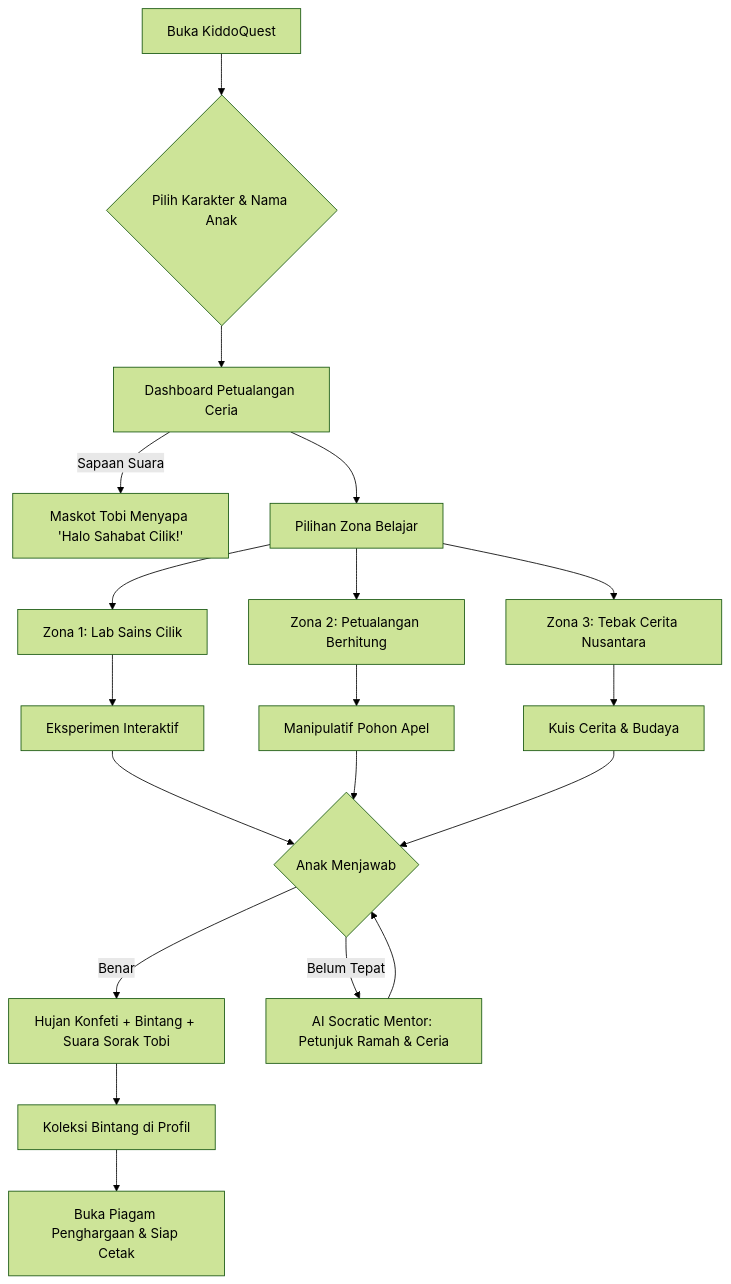
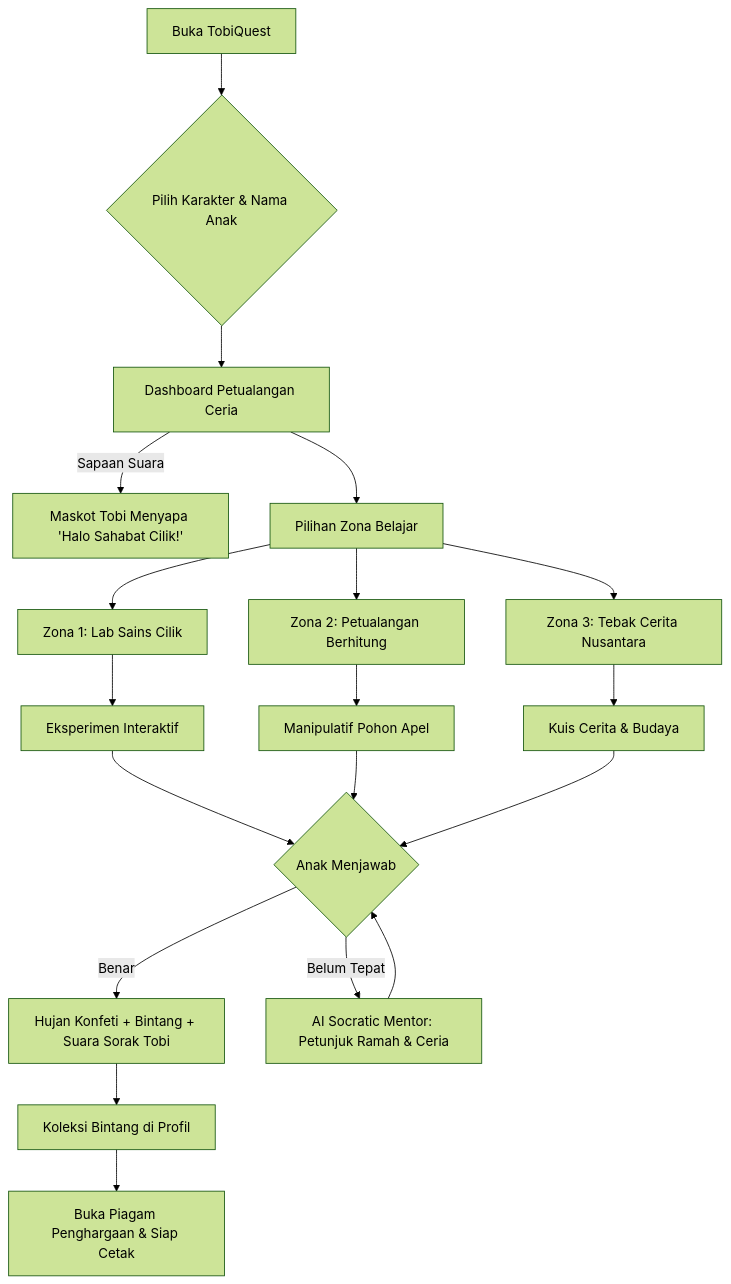
The diagram in docs/PRD.md (sufyantsaury753-beep/kiddoquest), drawn with Mermaid (forest theme) before and after one commit. The commit also changed other lines of this file and 5 other files, not shown here.

Commit message:
refactor: rename remaining kiddoquest references to TobiQuest with backward-compatible storage migration

````diff
--- a/docs/PRD.md
+++ b/docs/PRD.md
@@ -152,23 +152,23 @@
 ```mermaid
 flowchart TD
-    A[Buka KiddoQuest] --> B{Pilih Karakter & Nama Anak}
+    A[Buka TobiQuest] --> B{Pilih Karakter & Nama Anak}
     B --> C[Dashboard Petualangan Ceria]
     C -->|Sapaan Suara| D[Maskot Tobi Menyapa 'Halo Sahabat Cilik!']
     C --> E[Pilihan Zona Belajar]
     
     E --> F[Zona 1: Lab Sains Cilik]
     E --> G[Zona 2: Petualangan Berhitung]
     E --> H[Zona 3: Tebak Cerita Nusantara]
     
     F --> I[Eksperimen Interaktif]
     G --> J[Manipulatif Pohon Apel]
     H --> K[Kuis Cerita & Budaya]
     
     I & J & K --> L{Anak Menjawab}
     L -->|Benar| M[Hujan Konfeti + Bintang + Suara Sorak Tobi]
     L -->|Belum Tepat| N[AI Socratic Mentor: Petunjuk Ramah & Ceria]
     N --> L
     
     M --> O[Koleksi Bintang di Profil]
     O --> P[Buka Piagam Penghargaan & Siap Cetak]
 ```
````
